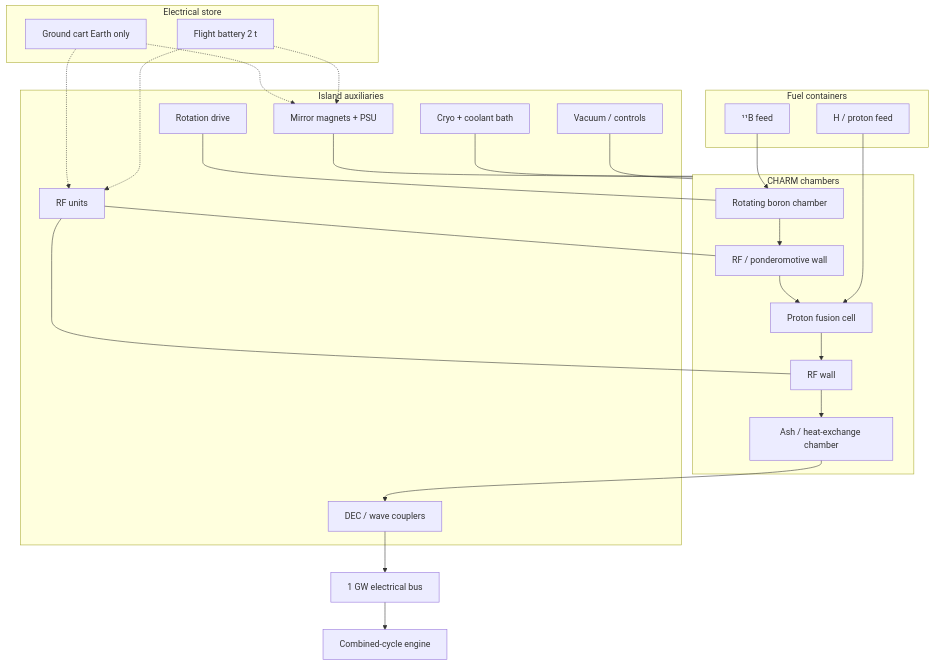
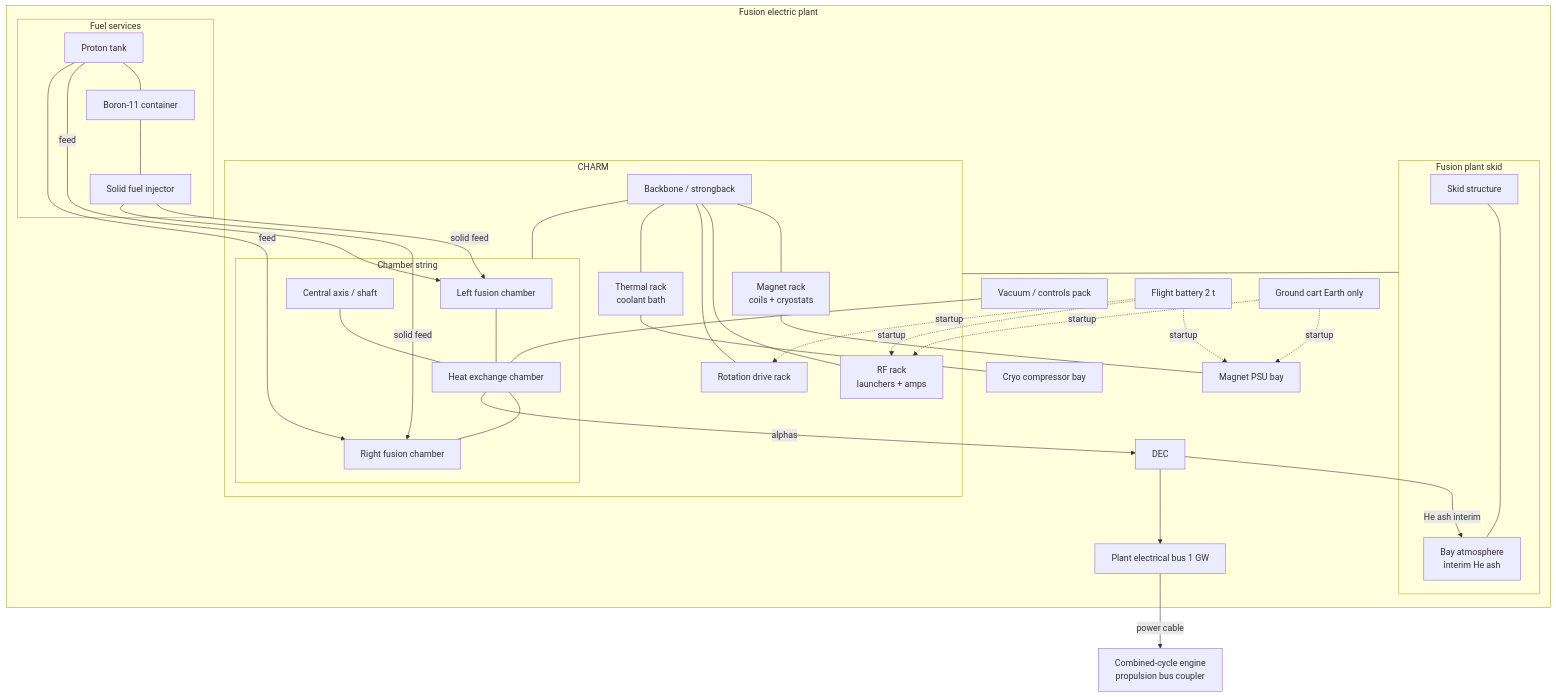
One commit to catskillsresearch/charm_p11b_ssto changed the first of 3 diagrams in arxiv.md. Above: the diagram before and after it, drawn with Mermaid. The commit also changed other lines of this file and 2 other files, not shown here.

````diff
--- a/arxiv.md
+++ b/arxiv.md
@@ -37,42 +39,61 @@
 ```mermaid
 flowchart TB
-  subgraph fuels ["Fuel containers"]
-    Hp["H / proton feed"]
-    B11["¹¹B feed"]
+  subgraph plant ["Fusion electric plant"]
+    subgraph skid ["Fusion plant skid"]
+      Skid["Skid structure"]
+      BayAtm["Bay atmosphere<br/>interim He ash"]
+      Skid --- BayAtm
+    end
+    subgraph charm ["CHARM"]
+      BB["Backbone / strongback"]
+      subgraph chambers ["Chamber string"]
+        L["Left fusion chamber"]
+        HEX["Heat exchange chamber"]
+        R["Right fusion chamber"]
+        Axis["Central axis / shaft"]
+        L --- HEX --- R
+        Axis --- HEX
+      end
+      MagR["Magnet rack<br/>coils + cryostats"]
+      RfR["RF rack<br/>launchers + amps"]
+      DrR["Rotation drive rack"]
+      ThR["Thermal rack<br/>coolant bath"]
+      BB --- chambers
+      BB --- MagR
+      BB --- RfR
+      BB --- DrR
+      BB --- ThR
+    end
+    DEC["DEC"]
+    Bus["Plant electrical bus 1 GW"]
+    PSU["Magnet PSU bay"]
+    Cryo["Cryo compressor bay"]
+    Vac["Vacuum / controls pack"]
+    subgraph fuel ["Fuel services"]
+      Hp["Proton tank"]
+      B11["Boron-11 container"]
+      Inj["Solid fuel injector"]
+      Hp --- B11 --- Inj
+    end
+    Bat["Flight battery 2 t"]
+    Cart["Ground cart Earth only"]
   end
-  subgraph charm ["CHARM chambers"]
-    Boron["Rotating boron chamber"]
-    RF1["RF / ponderomotive wall"]
-    Fus["Proton fusion cell"]
-    RF2["RF wall"]
-    Ash["Ash / heat-exchange chamber"]
-    Boron --> RF1 --> Fus --> RF2 --> Ash
-  end
-  subgraph aux ["Island auxiliaries"]
-    Mag["Mirror magnets + PSU"]
-    RFU["RF units"]
-    Rot["Rotation drive"]
-    Cryo["Cryo + coolant bath"]
-    Vac["Vacuum / controls"]
-    DEC["DEC / wave couplers"]
-  end
-  subgraph store ["Electrical store"]
-    Cart["Ground cart Earth only"]
-    Bat["Flight battery 2 t"]
-  end
-  Hp --> Fus
-  B11 --> Boron
-  Mag --- charm
-  RFU --- RF1
-  RFU --- RF2
-  Rot --- Boron
-  Ash --> DEC
-  DEC --> Bus["1 GW electrical bus"]
-  Cart -.-> Mag
-  Cart -.-> RFU
-  Bat -.-> Mag
-  Bat -.-> RFU
-  Bus --> Eng["Combined-cycle engine"]
-  Cryo --- charm
-  Vac --- charm
+  Eng["Combined-cycle engine<br/>propulsion bus coupler"]
+  skid --- charm
+  HEX -->|alphas| DEC
+  DEC --> Bus
+  Bus -->|power cable| Eng
+  MagR --- PSU
+  ThR --- Cryo
+  Inj -->|solid feed| L
+  Inj -->|solid feed| R
+  Hp -->|feed| L
+  Hp -->|feed| R
+  DEC -->|He ash interim| BayAtm
+  Cart -.->|startup| PSU
+  Cart -.->|startup| RfR
+  Bat -.->|startup| PSU
+  Bat -.->|startup| RfR
+  Bat -.->|startup| DrR
+  Vac --- HEX
 ```
````
